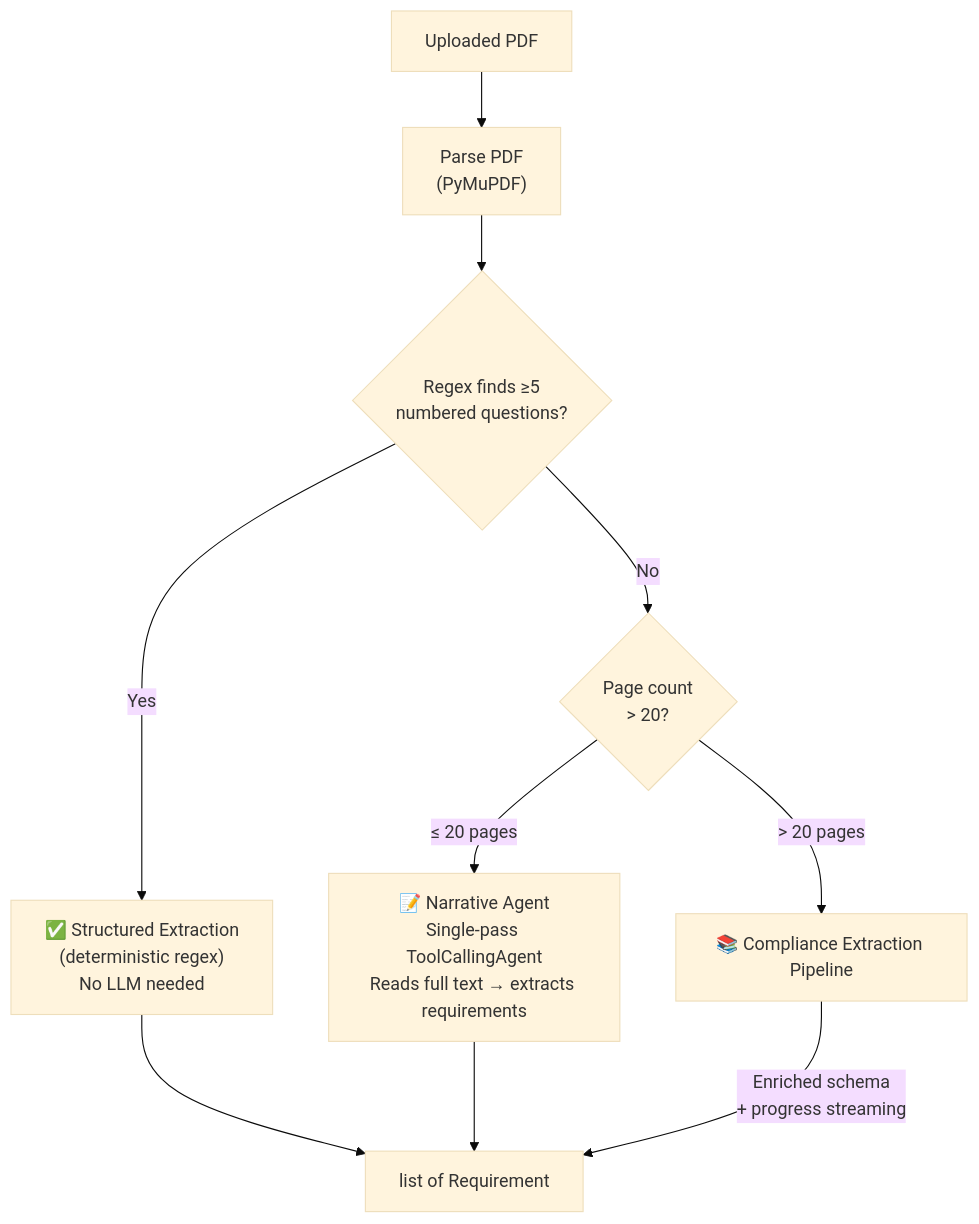
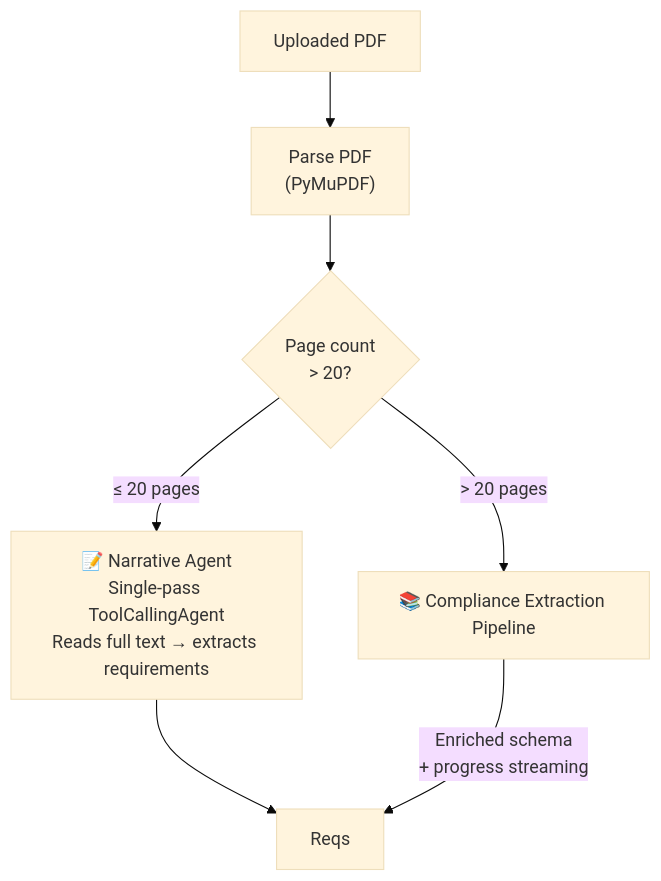
One commit to yuguang/readily changed the second of 6 diagrams in README.md. Above: the diagram before and after it, drawn with Mermaid (base theme). The commit also changed other lines of this file and 6 other files, not shown here.

````diff
--- a/README.md
+++ b/README.md
@@ -33,12 +33,9 @@
 ```mermaid
 flowchart TD
     PDF["Uploaded PDF"] --> Parse["Parse PDF\n(PyMuPDF)"]
-    Parse --> Regex{"Regex finds ≥5\nnumbered questions?"}
-    Regex -->|Yes| Structured["✅ Structured Extraction\n(deterministic regex)\nNo LLM needed"]
-    Regex -->|No| Length{"Page count\n> 20?"}
+    Parse --> Length{"Page count\n> 20?"}
     Length -->|"≤ 20 pages"| Narrative["📝 Narrative Agent\nSingle-pass ToolCallingAgent\nReads full text → extracts requirements"]
     Length -->|"> 20 pages"| Compliance["📚 Compliance Extraction Pipeline\n"]
-    Structured --> Reqs["list of Requirement"]
     Narrative --> Reqs
     Compliance -->|"Enriched schema\n+ progress streaming"| Reqs
 ```
````
